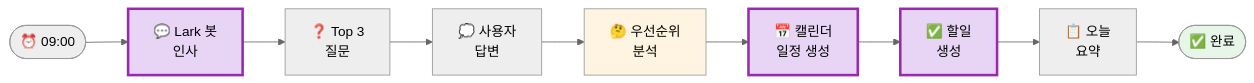
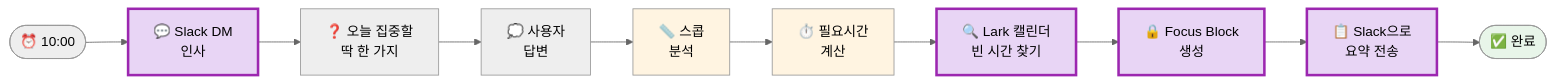
The first of 2 diagrams in daily-focus/daily-focus-설계서.md (damee-j/my-first-skill), drawn with Mermaid (neutral theme) before and after one commit. The commit also changed other lines of this file and 25 other files, not shown here.

````diff
--- a/daily-focus/daily-focus-설계서.md
+++ b/daily-focus/daily-focus-설계서.md
@@ -57,17 +61,20 @@
 ```mermaid
 flowchart LR
-    Start([⏰ 09:00]) --> BotPing[💬 Lark 봇<br/>인사]
-    BotPing --> Ask[❓ Top 3<br/>질문]
+    Start([⏰ 10:00]) --> BotPing[💬 Slack DM<br/>인사]
+    BotPing --> Ask[❓ 오늘 집중할<br/>딱 한 가지]
     Ask --> Reply[💭 사용자<br/>답변]
-    Reply --> Parse[🤔 우선순위<br/>분석]
-    Parse --> CreateCal[📅 캘린더<br/>일정 생성]
-    CreateCal --> CreateTodo[✅ 할일<br/>생성]
-    CreateTodo --> Summary[📋 오늘<br/>요약]
+    Reply --> Scope[📏 스콥<br/>분석]
+    Scope --> CalcTime[⏱️ 필요시간<br/>계산]
+    CalcTime --> FindGap[🔍 Lark 캘린더<br/>빈 시간 찾기]
+    FindGap --> CreateBlock[🔒 Focus Block<br/>생성]
+    CreateBlock --> Summary[📋 Slack으로<br/>요약 전송]
     Summary --> End([✅ 완료])
 
     style BotPing fill:#e8d5f5,stroke:#9c27b0,stroke-width:3px
-    style Parse fill:#fff4e1
-    style CreateCal fill:#e8d5f5,stroke:#9c27b0,stroke-width:3px
-    style CreateTodo fill:#e8d5f5,stroke:#9c27b0,stroke-width:3px
+    style Scope fill:#fff4e1
+    style CalcTime fill:#fff4e1
+    style FindGap fill:#e8d5f5,stroke:#9c27b0,stroke-width:3px
+    style CreateBlock fill:#e8d5f5,stroke:#9c27b0,stroke-width:3px
+    style Summary fill:#e8d5f5,stroke:#9c27b0,stroke-width:3px
     style End fill:#e8f5e9
 ```
````
